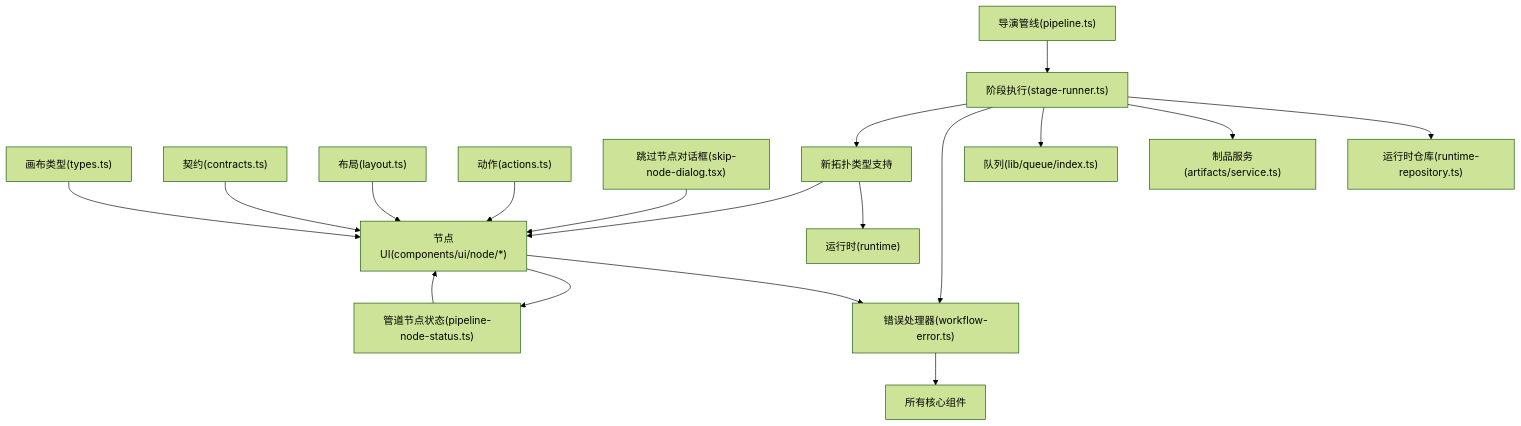
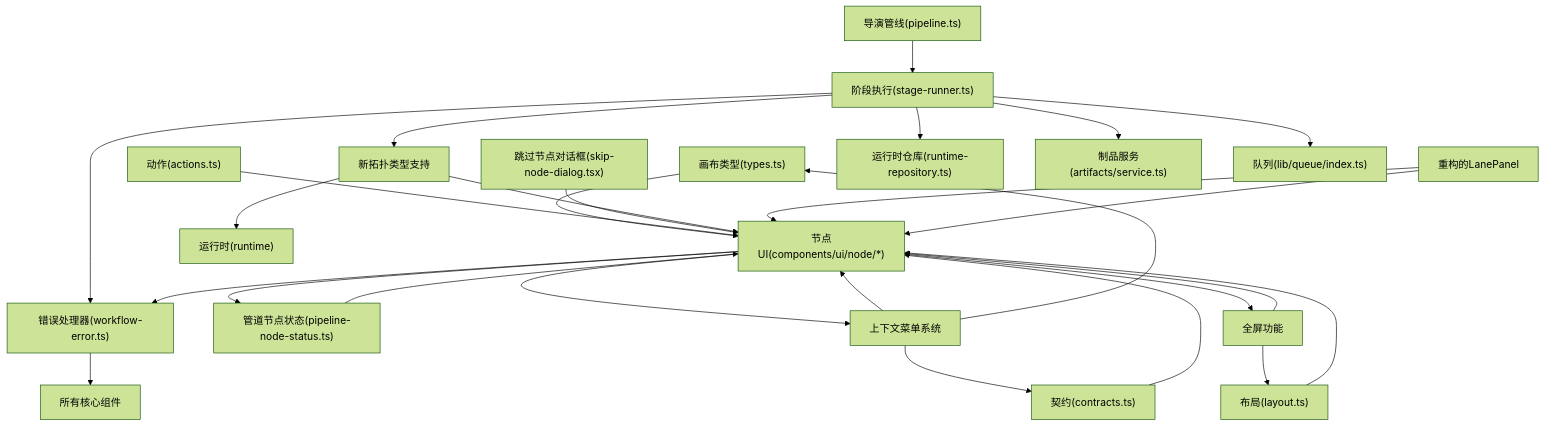
One commit to scottcwy/PurpleInk changed diagram 19 of 19 in .qoder/repowiki/zh/content/画布编辑器/画布编辑器.md. Above: the diagram before and after it, drawn with Mermaid (forest theme). The commit also changed other lines of this file and 23 other files, not shown here.

````diff
--- a/.qoder/repowiki/zh/content/画布编辑器/画布编辑器.md
+++ b/.qoder/repowiki/zh/content/画布编辑器/画布编辑器.md
@@ -847,20 +1040,29 @@
 ```mermaid
 graph TB
 Types["画布类型(types.ts)"] --> UI["节点UI(components/ui/node/*)"]
 Contracts["契约(contracts.ts)"] --> UI
 Layout["布局(layout.ts)"] --> UI
 Actions["动作(actions.ts)"] --> UI
 SkipDialog["跳过节点对话框(skip-node-dialog.tsx)"] --> UI
 ErrorHandler["错误处理器(workflow-error.ts)"] --> All["所有核心组件"]
 PipelineNodeStatus["管道节点状态(pipeline-node-status.ts)"] --> UI
 NewTopology["新拓扑类型支持"] --> Runtime["运行时(runtime)"]
 NewTopology --> UI
+ContextMenu["上下文菜单系统"] --> UI
+ContextMenu --> Types
+ContextMenu --> Contracts
+Fullscreen["全屏功能"] --> UI
+Fullscreen --> Layout
+LanePanelRefactored["重构的LanePanel"] --> UI
 Pipeline["导演管线(pipeline.ts)"] --> Runner["阶段执行(stage-runner.ts)"]
 Runner --> Repo["运行时仓库(runtime-repository.ts)"]
 Runner --> Artifacts["制品服务(artifacts/service.ts)"]
 Runner --> Queue["队列(lib/queue/index.ts)"]
 Runner --> ErrorHandler
 Runner --> NewTopology
 UI --> ErrorHandler
 UI --> PipelineNodeStatus
+UI --> ContextMenu
+UI --> Fullscreen
+LanePanelRefactored --> UI
 ```
````
